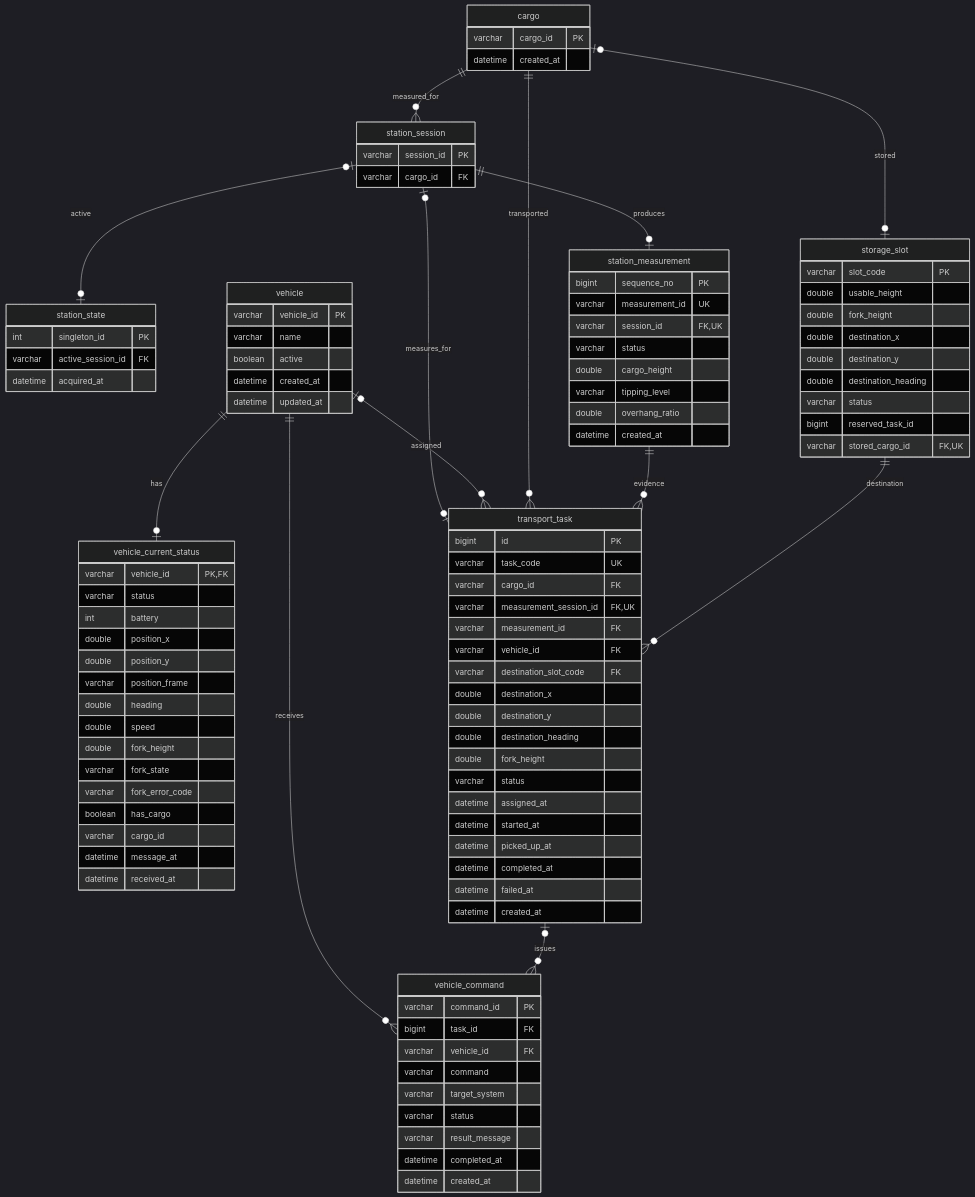
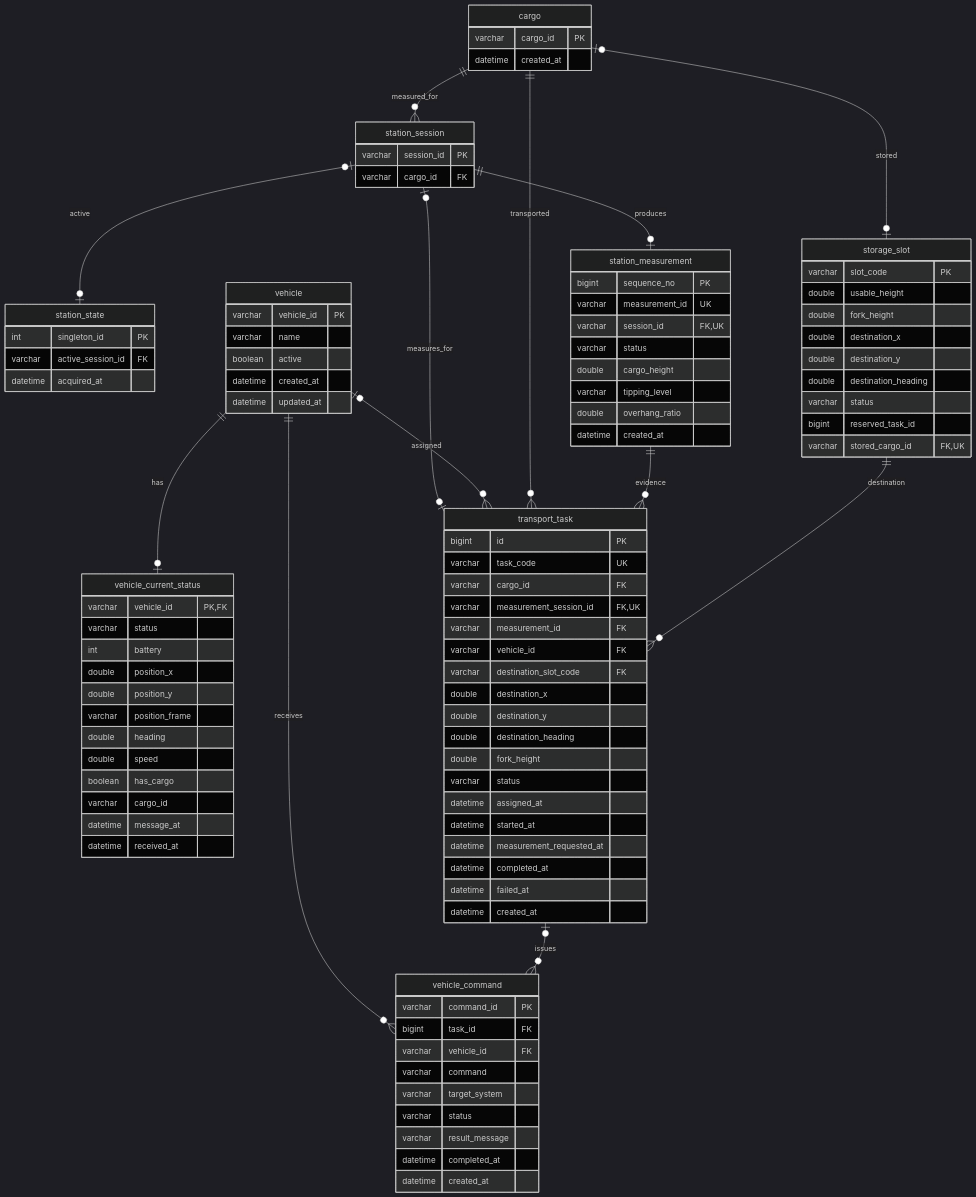
The diagram in docs/backend-db/ERD.md (bjs0306b/fast-autonomous-forklift), drawn with Mermaid (dark theme) before and after one commit. The commit also changed 36 other files, not shown here.

```diff
--- a/docs/backend-db/ERD.md
+++ b/docs/backend-db/ERD.md
@@ -48,9 +48,6 @@
         varchar position_frame
         double heading
         double speed
-        double fork_height
-        varchar fork_state
-        varchar fork_error_code
         boolean has_cargo
         varchar cargo_id
         datetime message_at
@@ -84,7 +81,7 @@
         varchar status
         datetime assigned_at
         datetime started_at
-        datetime picked_up_at
+        datetime measurement_requested_at
         datetime completed_at
         datetime failed_at
         datetime created_at
```
